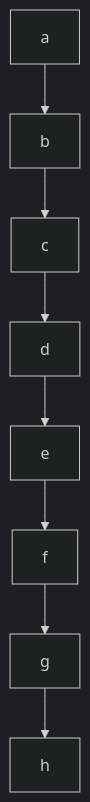
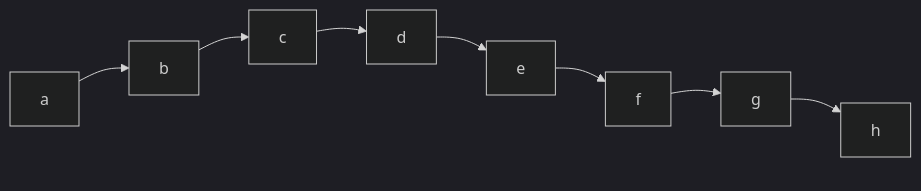
Before and after one commit to Asy508/Construction: the third of 3 diagrams in Notebook/t-grid.md, drawn with Mermaid (dark theme).

````diff
--- a/Notebook/t-grid.md
+++ b/Notebook/t-grid.md
@@ -64,22 +64,22 @@
 ```mermaid
-flowchart TD
+flowchart LR
     %% Row 1: Left to Right
     A[a] --> B[b] --> C[c]
     
     %% Connection down to Row 2
     C --> D[d]
     
     %% Row 2: Right to Left visual flow
     D --> E[e] --> F[f]
     
     %% Connection down to Row 3
     F --> G[g]
     
     %% Row 3: Left to Right visual flow
     G --> H[h]
 
     %% Invisible alignment links to lock nodes into 3 strict columns
-    %%A ~~~ F ~~~ G
-    %%B ~~~ E ~~~ H
-    %%C ~~~ D
+    A ~~~ F ~~~ G
+    B ~~~ E ~~~ H
+    C ~~~ D
 ```
````
